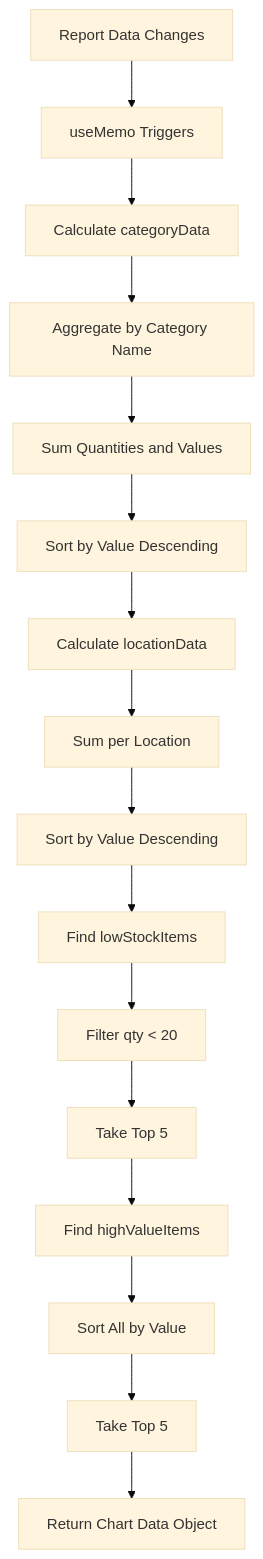
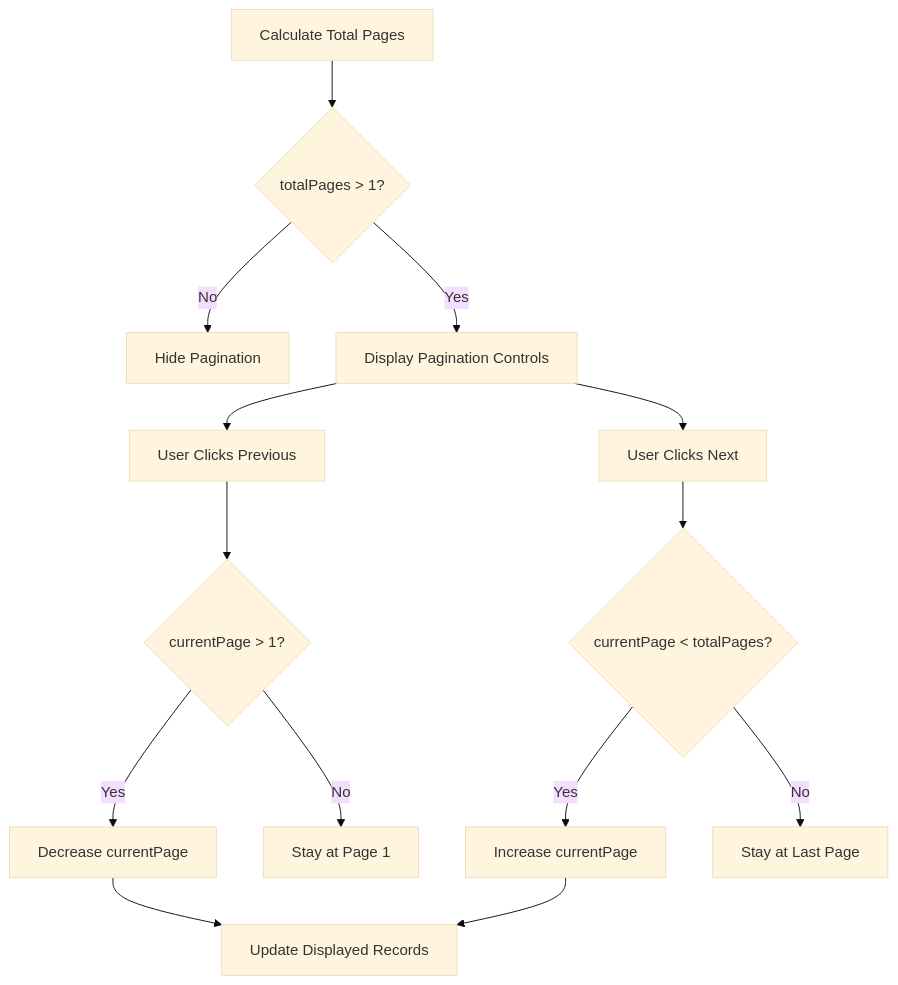
Before and after one commit to PeakMNA/carmen: diagram 11 of 16 in docs/app/inventory-management/stock-overview/inventory-balance/FD-inventory-balance.md, drawn with Mermaid (base theme). The commit also changed other lines of this file and 473 other files, not shown here.

````diff
--- a/docs/app/inventory-management/stock-overview/inventory-balance/FD-inventory-balance.md
+++ b/docs/app/inventory-management/stock-overview/inventory-balance/FD-inventory-balance.md
@@ -156,18 +213,16 @@
 ```mermaid
 flowchart TD
-    A[Report Data Changes] --> B[useMemo Triggers]
-    B --> C[Calculate categoryData]
-    C --> D[Aggregate by Category Name]
-    D --> E[Sum Quantities and Values]
-    E --> F[Sort by Value Descending]
-    F --> G[Calculate locationData]
-    G --> H[Sum per Location]
-    H --> I[Sort by Value Descending]
-    I --> J[Find lowStockItems]
-    J --> K[Filter qty < 20]
-    K --> L[Take Top 5]
-    L --> M[Find highValueItems]
-    M --> N[Sort All by Value]
-    N --> O[Take Top 5]
-    O --> P[Return Chart Data Object]
+    A[Calculate Total Pages] --> B{totalPages > 1?}
+    B -->|No| C[Hide Pagination]
+    B -->|Yes| D[Display Pagination Controls]
+    D --> E[User Clicks Previous]
+    D --> F[User Clicks Next]
+    E --> G{currentPage > 1?}
+    G -->|Yes| H[Decrease currentPage]
+    G -->|No| I[Stay at Page 1]
+    F --> J{currentPage < totalPages?}
+    J -->|Yes| K[Increase currentPage]
+    J -->|No| L[Stay at Last Page]
+    H --> M[Update Displayed Records]
+    K --> M
 ```
````
